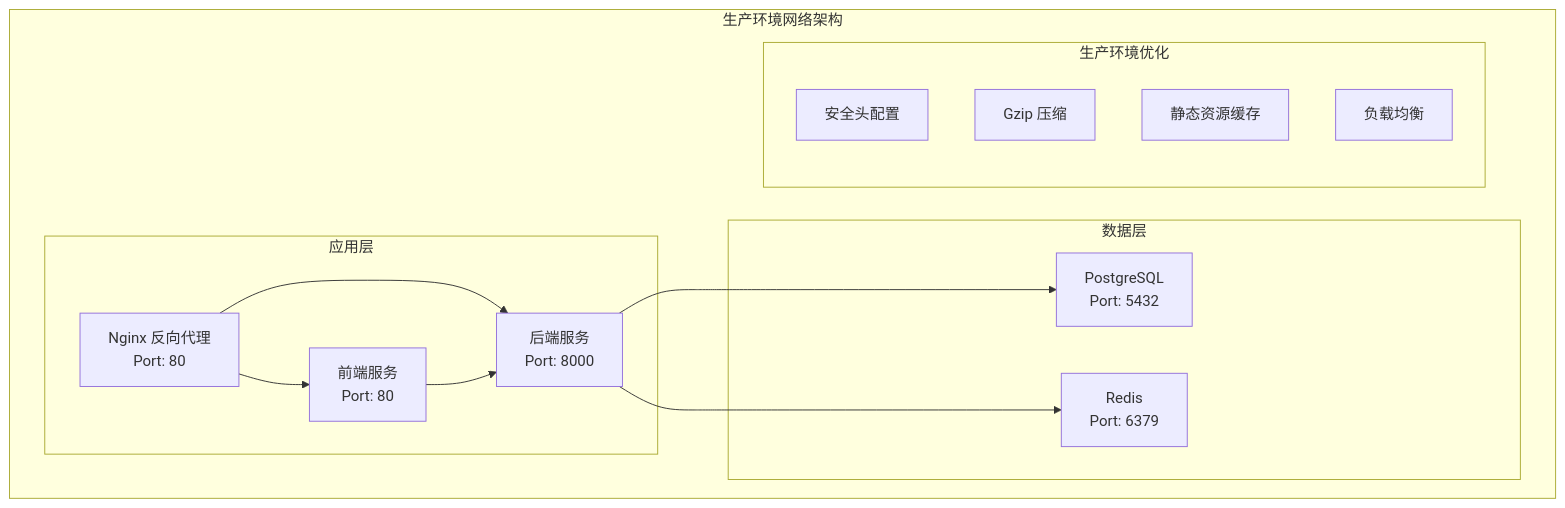
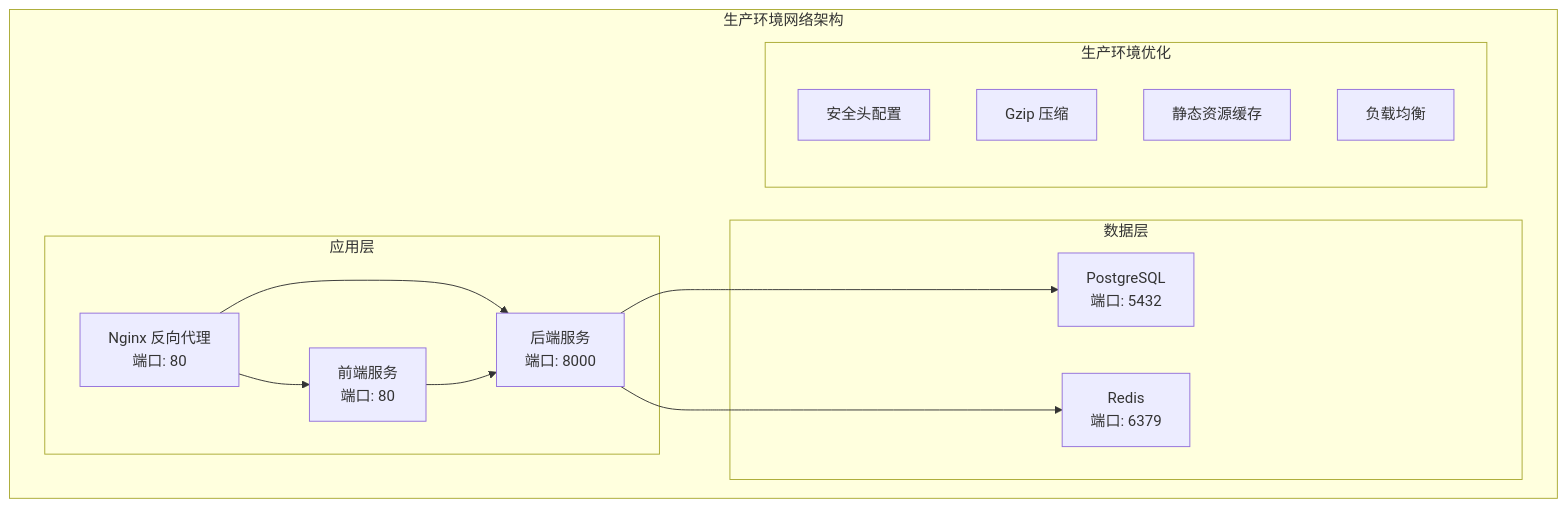
The first of 15 diagrams in .qoder/repowiki/zh/content/Docker Deployment.md (xfbyxq/ai-novel-system), drawn with Mermaid before and after one commit. The commit also changed other lines of this file and 5 other files, not shown here.

````diff
--- a/.qoder/repowiki/zh/content/Docker Deployment.md
+++ b/.qoder/repowiki/zh/content/Docker Deployment.md
@@ -65,25 +65,25 @@
 ```mermaid
 graph TB
 subgraph "生产环境网络架构"
 subgraph "应用层"
-NGINX[Nginx 反向代理<br/>Port: 80]
-FRONTEND[前端服务<br/>Port: 80]
-BACKEND[后端服务<br/>Port: 8000]
+NGINX[Nginx 反向代理<br/>端口: 80]
+FRONTEND[前端服务<br/>端口: 80]
+BACKEND[后端服务<br/>端口: 8000]
 end
 subgraph "数据层"
-POSTGRES[PostgreSQL<br/>Port: 5432]
-REDIS[Redis<br/>Port: 6379]
+POSTGRES[PostgreSQL<br/>端口: 5432]
+REDIS[Redis<br/>端口: 6379]
 end
 subgraph "生产环境优化"
 SECURITY[安全头配置]
 GZIP[Gzip 压缩]
 CACHE[静态资源缓存]
 BALANCE[负载均衡]
 end
 end
 NGINX --> FRONTEND
 NGINX --> BACKEND
 FRONTEND --> BACKEND
 BACKEND --> POSTGRES
 BACKEND --> REDIS
 ```
````
